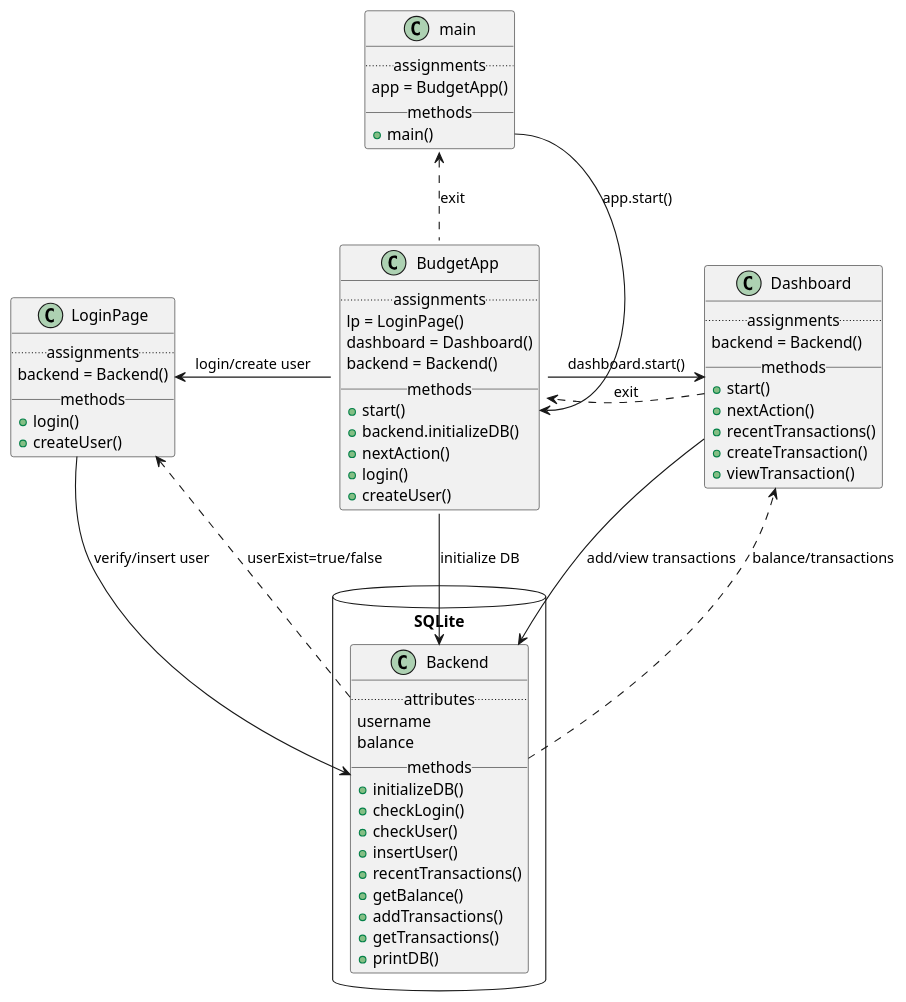
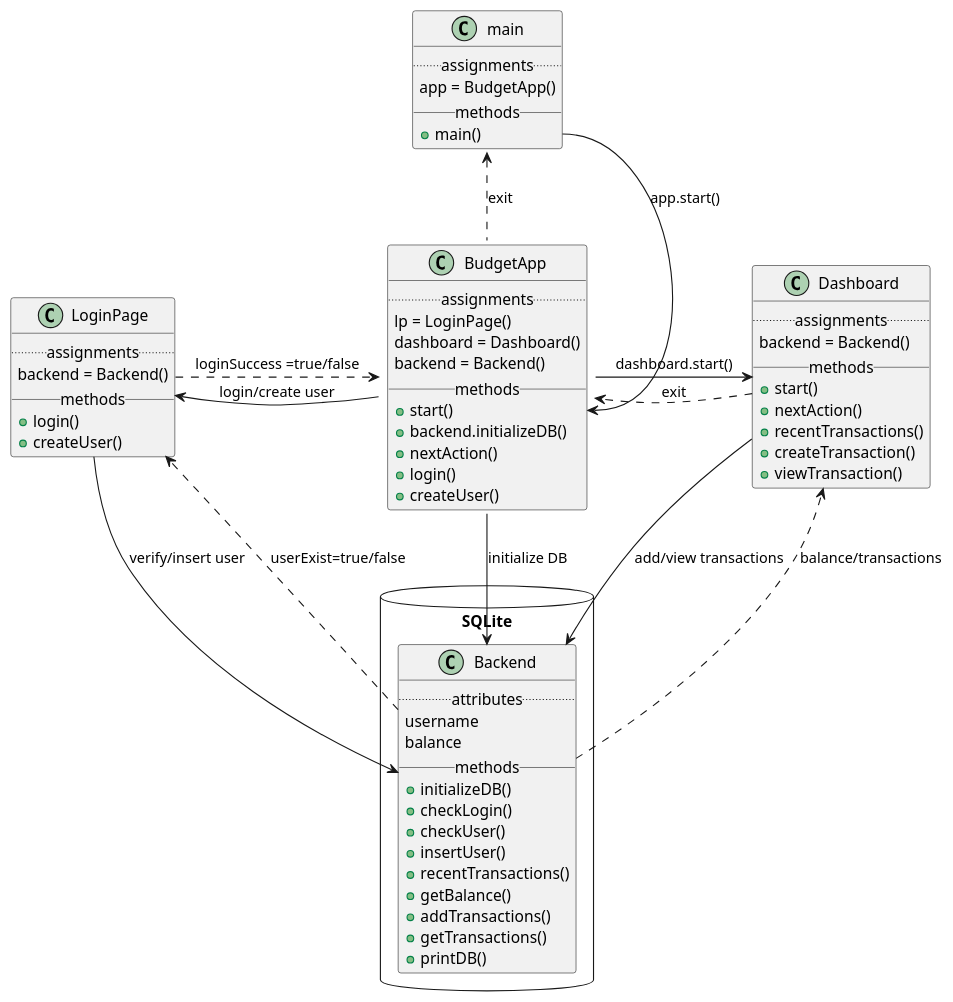
The diagram in overview.plantuml (Tawn/BudgetTracker), drawn with PlantUML before and after one commit.

Commit message:
complete

```diff
--- a/overview.plantuml
+++ b/overview.plantuml
@@ -1,74 +1,75 @@
 @startuml Overview
 
 class main {
     ..assignments..
     app = BudgetApp()
     __methods__
     +main()
 }
 
 class BudgetApp {
     ..assignments..
     lp = LoginPage()
     dashboard = Dashboard()
     backend = Backend()
     __methods__
     +start()
     +backend.initializeDB()
     +nextAction()
     +login()
     +createUser()
 }
 
 package SQLite <<Database>> {
     class Backend { 
         ..attributes..
         username
         balance
         __methods__
         +initializeDB()
         +checkLogin()
         +checkUser()
         +insertUser()
         +recentTransactions()
         +getBalance()
         +addTransactions()
         +getTransactions()
         +printDB()
     }
 }
 
 class LoginPage {
     ..assignments..
     backend = Backend()
     __methods__
     +login()
     +createUser()
 }
 
 class Dashboard {
     ..assignments..
     backend = Backend()
     __methods__
     +start()
     +nextAction()
     +recentTransactions()
     +createTransaction()
     +viewTransaction()
 }
 
 main::main -down-> BudgetApp::start : app.start()
 
 BudgetApp .up.> main : exit
 BudgetApp -down-> Backend : initialize DB
 BudgetApp -left-> LoginPage : login/create user
 BudgetApp -right-> Dashboard : dashboard.start()
 
 LoginPage --> Backend : verify/insert user
+LoginPage ..> BudgetApp : loginSuccess =true/false
 
 Dashboard ..> BudgetApp : exit
 Dashboard --> Backend : add/view transactions
 
 Backend ..> LoginPage : userExist=true/false
 Backend ..> Dashboard : balance/transactions
 @enduml
```
